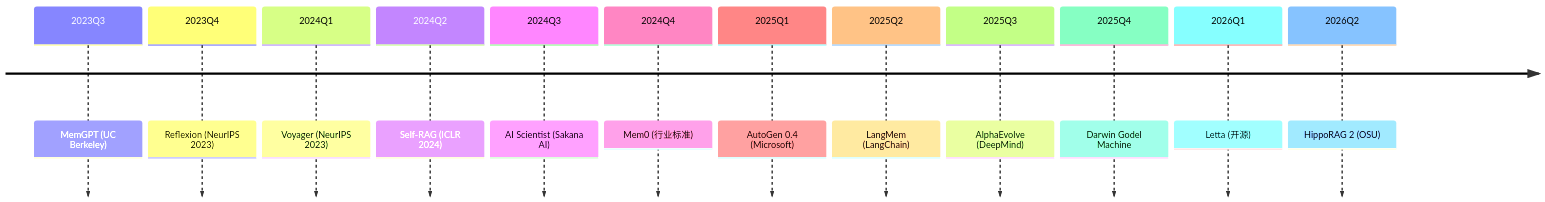
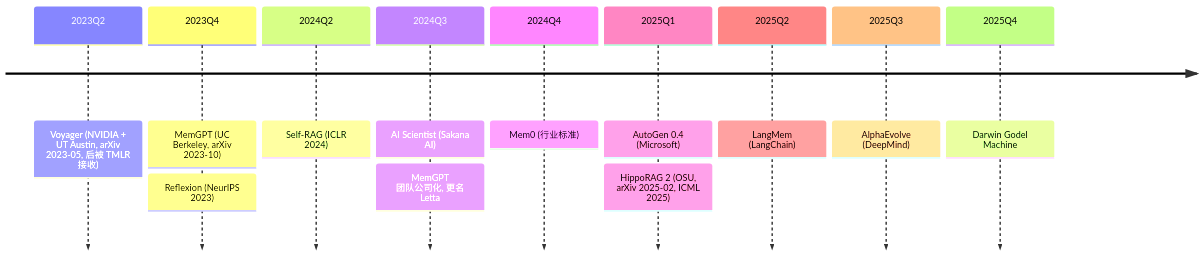
The diagram in zh/第23章 - AI Agent 与工具使用/09. Agent 记忆与自进化专题.md (godlockin/maths-cs-ai-compendium), drawn with Mermaid before and after one commit. The commit also changed other lines of this file and 47 other files, not shown here.

````diff
--- a/zh/第23章 - AI Agent 与工具使用/09. Agent 记忆与自进化专题.md
+++ b/zh/第23章 - AI Agent 与工具使用/09. Agent 记忆与自进化专题.md
@@ -450,15 +450,12 @@
 ```mermaid
 timeline
-    2023Q3 : MemGPT (UC Berkeley)
-    2023Q4 : Reflexion (NeurIPS 2023)
-    2024Q1 : Voyager (NeurIPS 2023)
+    2023Q2 : Voyager (NVIDIA + UT Austin, arXiv 2023-05, 后被 TMLR 接收)
+    2023Q4 : MemGPT (UC Berkeley, arXiv 2023-10) : Reflexion (NeurIPS 2023)
     2024Q2 : Self-RAG (ICLR 2024)
-    2024Q3 : AI Scientist (Sakana AI)
+    2024Q3 : AI Scientist (Sakana AI) : MemGPT 团队公司化, 更名 Letta
     2024Q4 : Mem0 (行业标准)
-    2025Q1 : AutoGen 0.4 (Microsoft)
+    2025Q1 : AutoGen 0.4 (Microsoft) : HippoRAG 2 (OSU, arXiv 2025-02, ICML 2025)
     2025Q2 : LangMem (LangChain)
     2025Q3 : AlphaEvolve (DeepMind)
     2025Q4 : Darwin Godel Machine
-    2026Q1 : Letta (开源)
-    2026Q2 : HippoRAG 2 (OSU)
 ```
````
